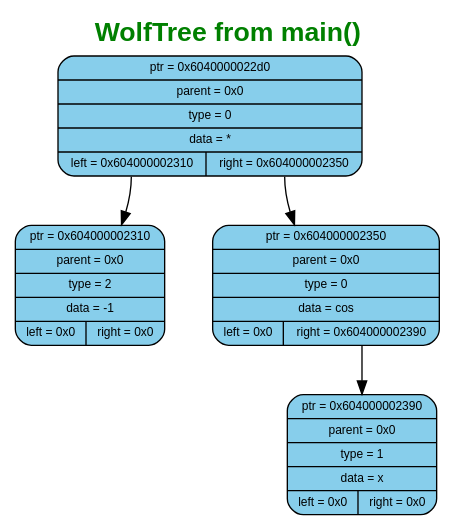
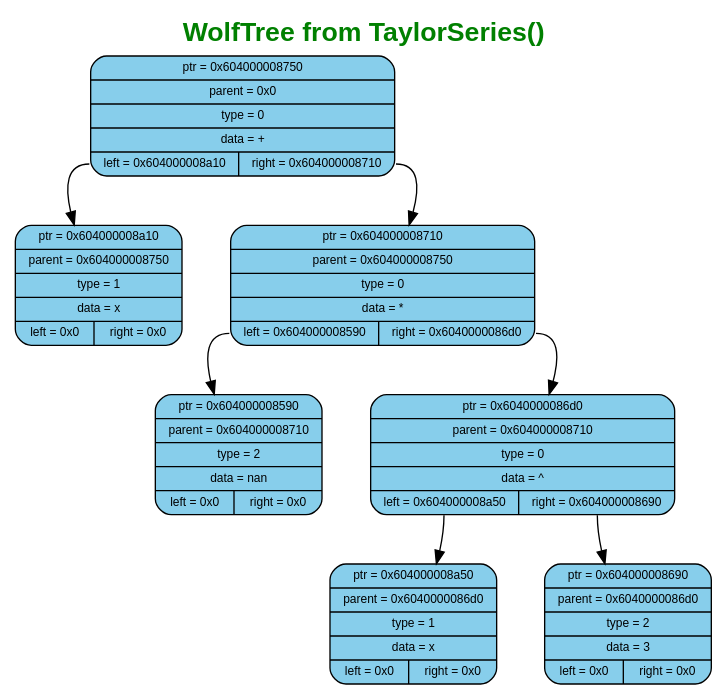
The diagram in WOLFRAM_SIGMA/ReportFiles/graphs/graph1/wolf.dot (murugov/WolframSigma), drawn with Graphviz before and after one commit. The commit also changed 25 other files, not shown here.

```diff
--- a/WOLFRAM_SIGMA/ReportFiles/graphs/graph1/wolf.dot
+++ b/WOLFRAM_SIGMA/ReportFiles/graphs/graph1/wolf.dot
@@ -1,21 +1,27 @@
 digraph G {
-	label=<<B>WolfTree from main()</B>>;
+	label=<<B>WolfTree from TaylorSeries()</B>>;
 	fontcolor="#008000";
 	fontname="Arial";
 	labelloc="top";
 	labeljust="center";
 	fontsize=20;
 	rankdir=TB;
 	center=true;
 	nodesep=0.5;
 	ranksep=0.5;
 	node[fontsize=9, shape=box, width=0.7, height=0.4, style="filled, rounded", fontname="Arial"];
 
-	n0 [shape=record, label="{ptr = 0x6040000022d0 | parent = 0x0 | type = 0 | data = * | {<left> left = 0x604000002310 | <right> right = 0x604000002350}}", fillcolor="#87CEEB", color="black"]
-	n1 [shape=record, label="{ptr = 0x604000002310 | parent = 0x0 | type = 2 | data = -1 | {<left> left = 0x0 | <right> right = 0x0}}", fillcolor="#87CEEB", color="black"]
+	n0 [shape=record, label="{ptr = 0x604000008750 | parent = 0x0 | type = 0 | data = + | {<left> left = 0x604000008a10 | <right> right = 0x604000008710}}", fillcolor="#87CEEB", color="black"]
+	n1 [shape=record, label="{ptr = 0x604000008a10 | parent = 0x604000008750 | type = 1 | data = x | {<left> left = 0x0 | <right> right = 0x0}}", fillcolor="#87CEEB", color="black"]
 	n0:left -> n1
-	n2 [shape=record, label="{ptr = 0x604000002350 | parent = 0x0 | type = 0 | data = cos | {<left> left = 0x0 | <right> right = 0x604000002390}}", fillcolor="#87CEEB", color="black"]
+	n2 [shape=record, label="{ptr = 0x604000008710 | parent = 0x604000008750 | type = 0 | data = * | {<left> left = 0x604000008590 | <right> right = 0x6040000086d0}}", fillcolor="#87CEEB", color="black"]
 	n0:right -> n2
-	n3 [shape=record, label="{ptr = 0x604000002390 | parent = 0x0 | type = 1 | data = x | {<left> left = 0x0 | <right> right = 0x0}}", fillcolor="#87CEEB", color="black"]
-	n2:right -> n3
+	n3 [shape=record, label="{ptr = 0x604000008590 | parent = 0x604000008710 | type = 2 | data = nan | {<left> left = 0x0 | <right> right = 0x0}}", fillcolor="#87CEEB", color="black"]
+	n2:left -> n3
+	n4 [shape=record, label="{ptr = 0x6040000086d0 | parent = 0x604000008710 | type = 0 | data = ^ | {<left> left = 0x604000008a50 | <right> right = 0x604000008690}}", fillcolor="#87CEEB", color="black"]
+	n2:right -> n4
+	n5 [shape=record, label="{ptr = 0x604000008a50 | parent = 0x6040000086d0 | type = 1 | data = x | {<left> left = 0x0 | <right> right = 0x0}}", fillcolor="#87CEEB", color="black"]
+	n4:left -> n5
+	n6 [shape=record, label="{ptr = 0x604000008690 | parent = 0x6040000086d0 | type = 2 | data = 3 | {<left> left = 0x0 | <right> right = 0x0}}", fillcolor="#87CEEB", color="black"]
+	n4:right -> n6
 }
```
